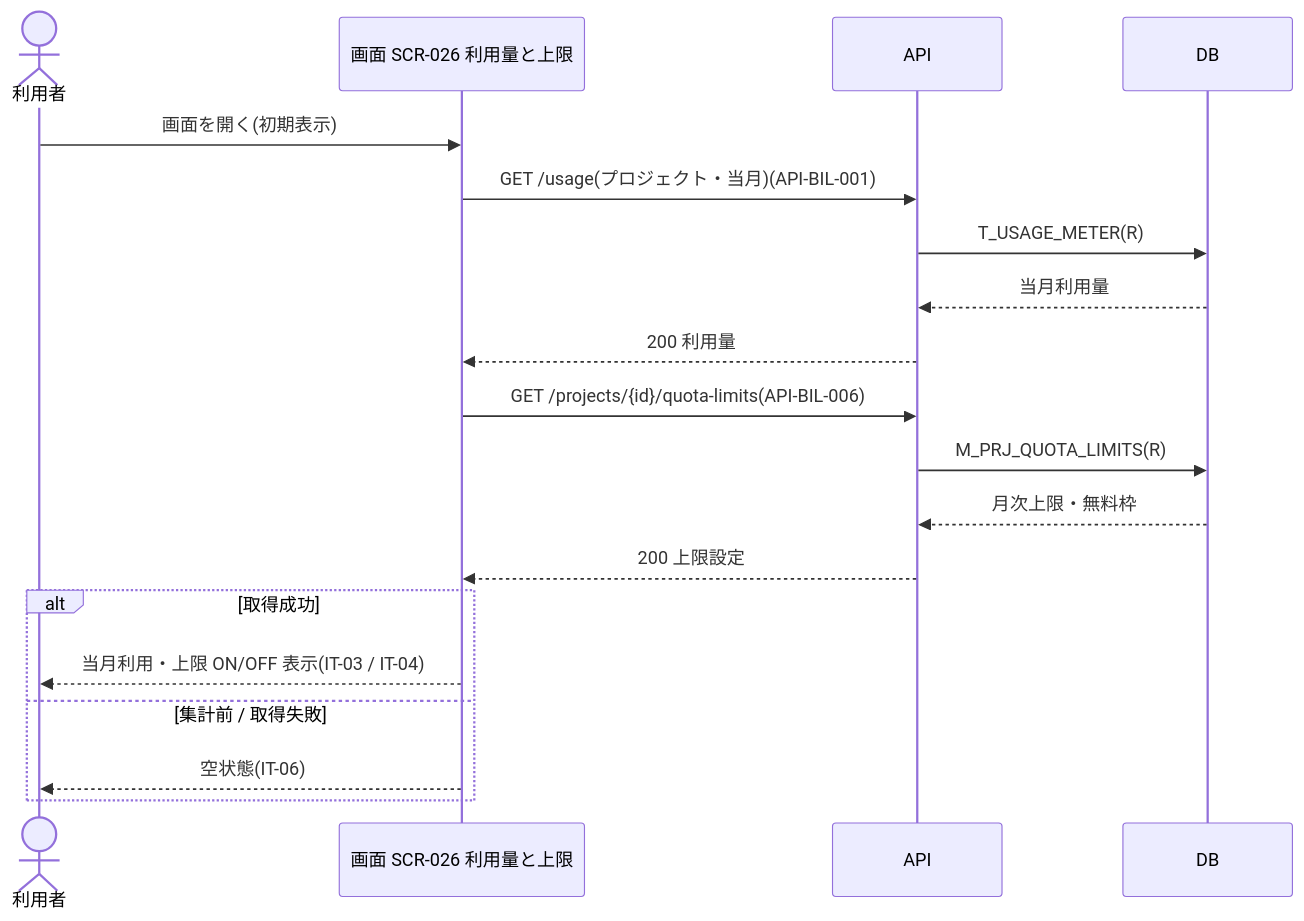
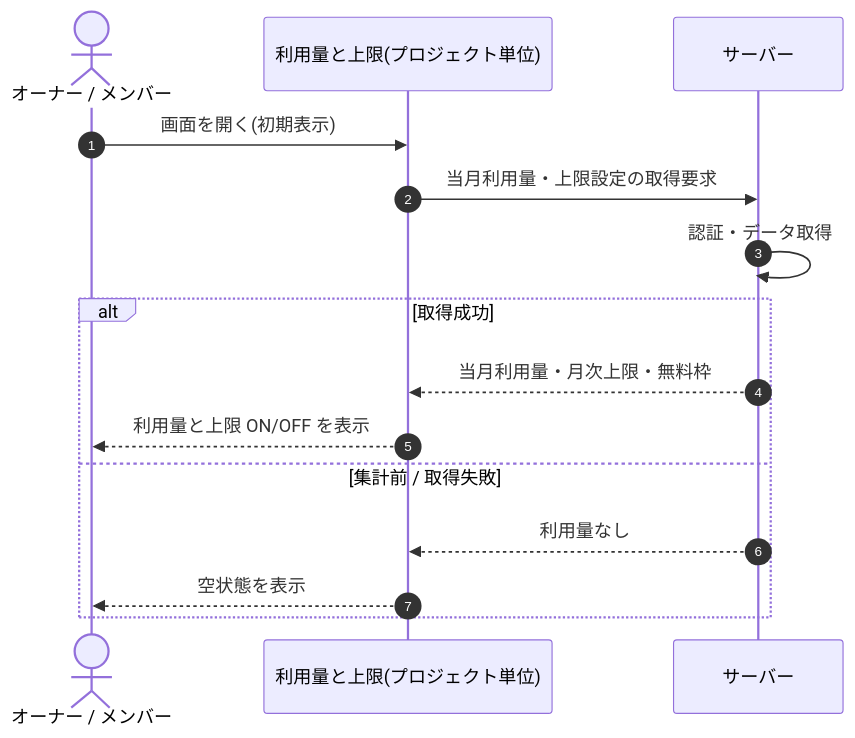
One commit to sikakou54/open-faq changed the diagram in 02_basic_design/05_sequences/SEQ-077.md. Above: the diagram before and after it, drawn with Mermaid. The commit also changed other lines of this file and 108 other files, not shown here.

First line of the commit message:
基本設計: シーケンス図を基本設計粒度(ユーザー/画面/サーバー)へ再編成

````diff
--- a/02_basic_design/05_sequences/SEQ-077.md
+++ b/02_basic_design/05_sequences/SEQ-077.md
@@ -25,21 +32,17 @@
 ```mermaid
 sequenceDiagram
-  actor U as 利用者
-  participant S as 画面 SCR-026 利用量と上限
-  participant API as API
-  participant DB as DB
-  U->>S: 画面を開く(初期表示)
-  S->>API: GET /usage(プロジェクト・当月)(API-BIL-001)
-  API->>DB: T_USAGE_METER(R)
-  DB-->>API: 当月利用量
-  API-->>S: 200 利用量
-  S->>API: GET /projects/{id}/quota-limits(API-BIL-006)
-  API->>DB: M_PRJ_QUOTA_LIMITS(R)
-  DB-->>API: 月次上限・無料枠
-  API-->>S: 200 上限設定
+  autonumber
+  actor U as オーナー / メンバー
+  participant Screen as 利用量と上限(プロジェクト単位)
+  participant Server as サーバー
+  U->>Screen: 画面を開く(初期表示)
+  Screen->>Server: 当月利用量・上限設定の取得要求
+  Server->>Server: 認証・データ取得
   alt 取得成功
-    S-->>U: 当月利用・上限 ON/OFF 表示(IT-03 / IT-04)
+    Server-->>Screen: 当月利用量・月次上限・無料枠
+    Screen-->>U: 利用量と上限 ON/OFF を表示
   else 集計前 / 取得失敗
-    S-->>U: 空状態(IT-06)
+    Server-->>Screen: 利用量なし
+    Screen-->>U: 空状態を表示
   end
 ```
````
